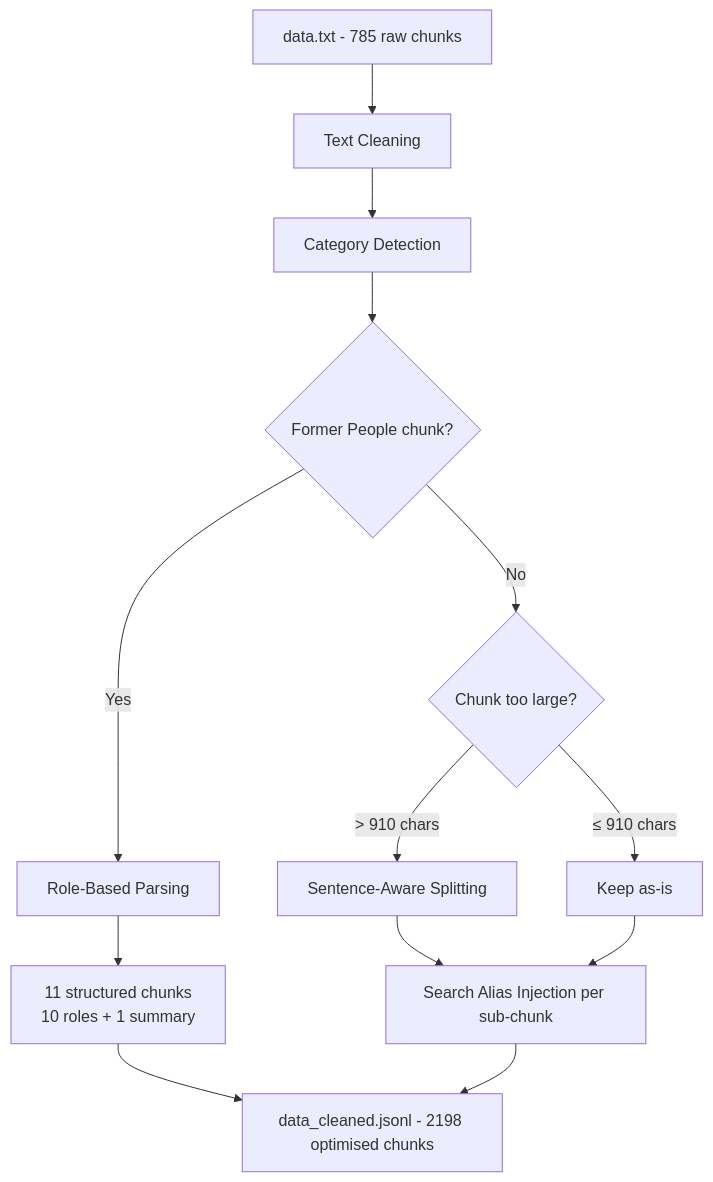
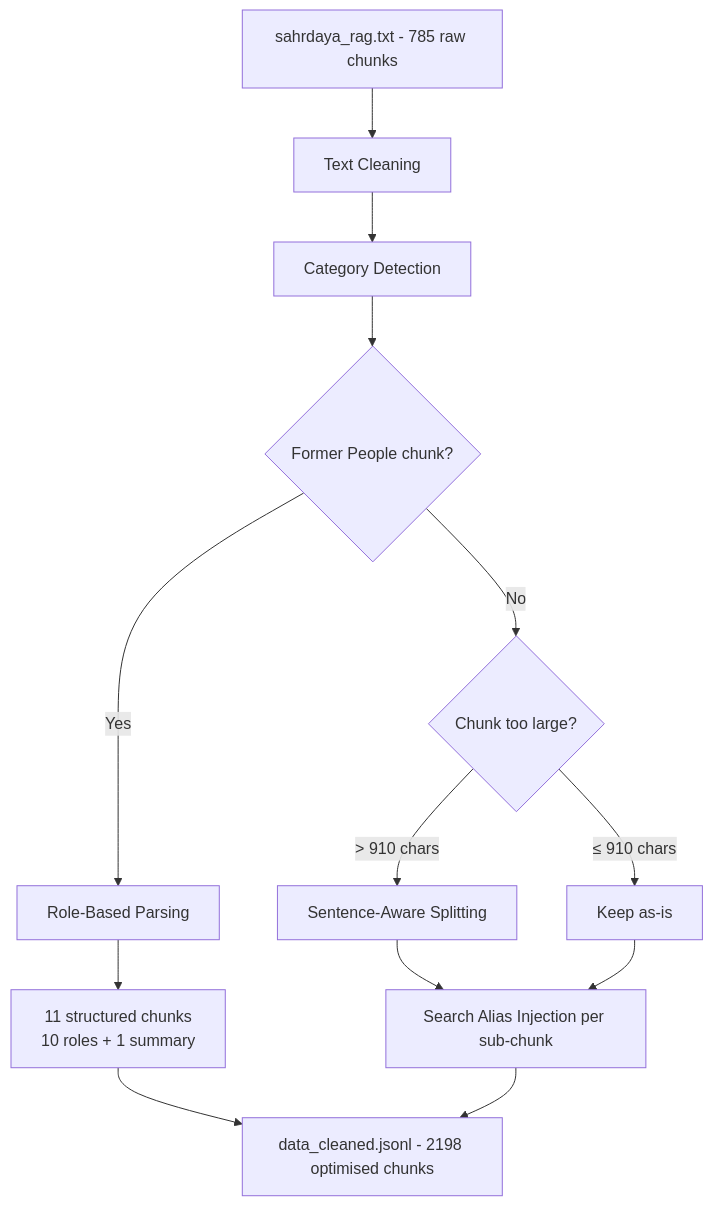
The third of 17 diagrams in WORKING.md (arxhr007/sahrdaya_ragx), drawn with Mermaid before and after one commit. The commit also changed other lines of this file and 19 other files, not shown here.

````diff
--- a/WORKING.md
+++ b/WORKING.md
@@ -121,15 +121,15 @@
 ```mermaid
 flowchart TD
-    A[data.txt - 785 raw chunks] --> B[ Text Cleaning]
+    A[sahrdaya_rag.txt - 785 raw chunks] --> B[ Text Cleaning]
     B --> C[ Category Detection]
     C --> FP{Former People chunk?}
     FP -->|Yes| FPS[ Role-Based Parsing]
     FPS --> FPR["11 structured chunks<br/>10 roles + 1 summary"]
     FPR --> H
     FP -->|No| D{Chunk too large?}
     D -->|> 910 chars| E[ Sentence-Aware Splitting]
     D -->|≤ 910 chars| F[Keep as-is]
     E --> G[ Search Alias Injection per sub-chunk]
     F --> G
     G --> H[data_cleaned.jsonl - 2198 optimised chunks]
 ```
````
